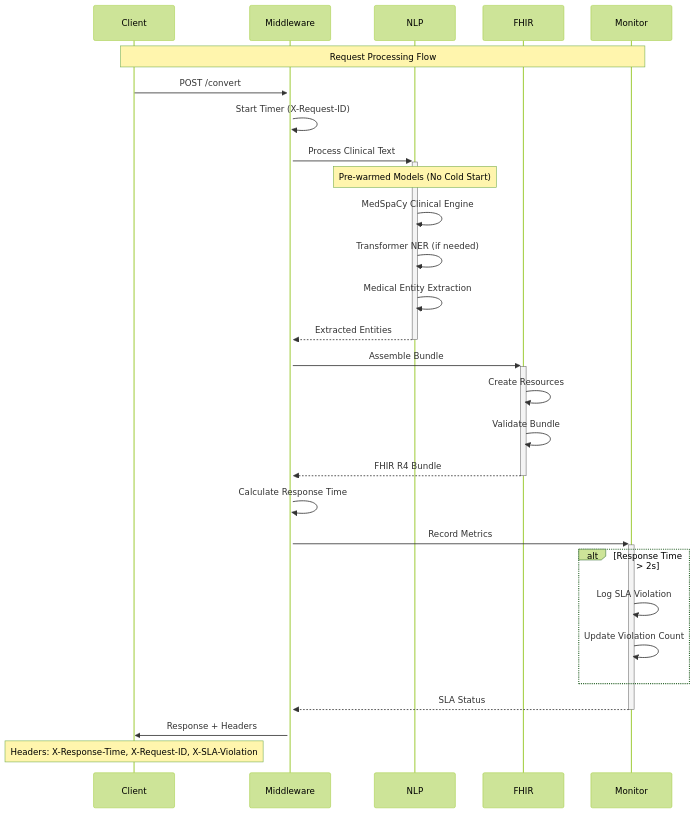
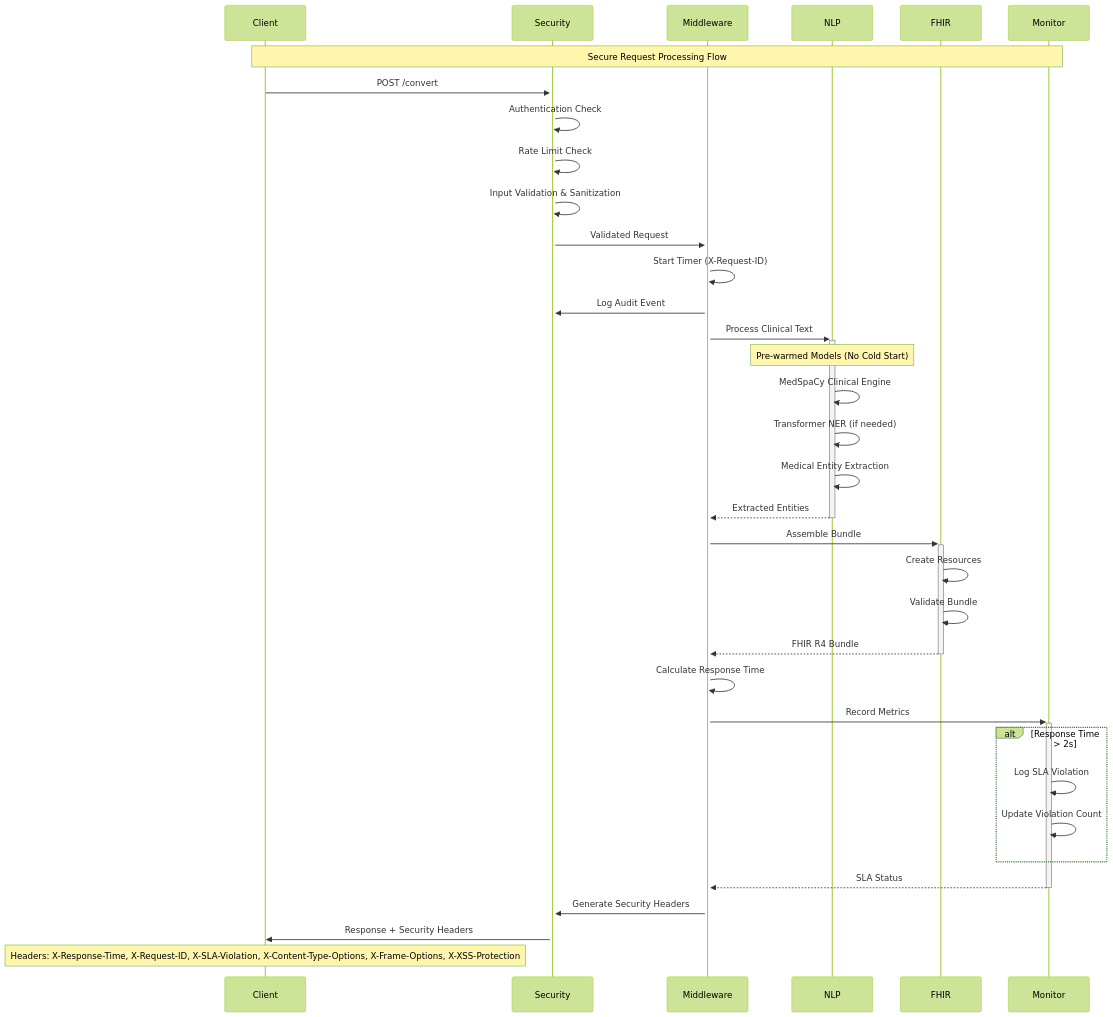
One commit to jc7k/nl-fhir changed the second of 3 diagrams in README.md. Above: the diagram before and after it, drawn with Mermaid (forest theme). The commit also changed other lines of this file, not shown here.

First line of the commit message:
📐 docs: Update architecture diagrams with comprehensive v1.1.0 security components

````diff
--- a/README.md
+++ b/README.md
@@ -282,38 +295,45 @@
 ```mermaid
 sequenceDiagram
     participant Client
+    participant Security
     participant Middleware
     participant NLP
     participant FHIR
     participant Monitor
 
-    Note over Client,Monitor: Request Processing Flow
+    Note over Client,Monitor: Secure Request Processing Flow
 
-    Client->>+Middleware: POST /convert
+    Client->>+Security: POST /convert
+    Security->>Security: Authentication Check
+    Security->>Security: Rate Limit Check
+    Security->>Security: Input Validation & Sanitization
+    Security->>+Middleware: Validated Request
     Middleware->>Middleware: Start Timer (X-Request-ID)
+    Middleware->>Security: Log Audit Event
     Middleware->>+NLP: Process Clinical Text
 
     Note over NLP: Pre-warmed Models (No Cold Start)
     NLP->>NLP: MedSpaCy Clinical Engine
     NLP->>NLP: Transformer NER (if needed)
     NLP->>NLP: Medical Entity Extraction
     NLP-->>-Middleware: Extracted Entities
 
     Middleware->>+FHIR: Assemble Bundle
     FHIR->>FHIR: Create Resources
     FHIR->>FHIR: Validate Bundle
     FHIR-->>-Middleware: FHIR R4 Bundle
 
     Middleware->>Middleware: Calculate Response Time
     Middleware->>+Monitor: Record Metrics
 
     alt Response Time > 2s
         Monitor->>Monitor: Log SLA Violation
         Monitor->>Monitor: Update Violation Count
     end
 
     Monitor-->>-Middleware: SLA Status
-    Middleware->>Client: Response + Headers
+    Middleware->>Security: Generate Security Headers
+    Security->>Client: Response + Security Headers
 
-    Note over Client: Headers: X-Response-Time, X-Request-ID, X-SLA-Violation
+    Note over Client: Headers: X-Response-Time, X-Request-ID, X-SLA-Violation, X-Content-Type-Options, X-Frame-Options, X-XSS-Protection
 ```
````
